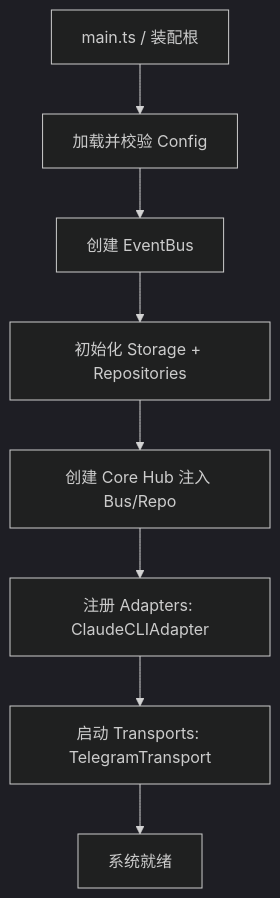
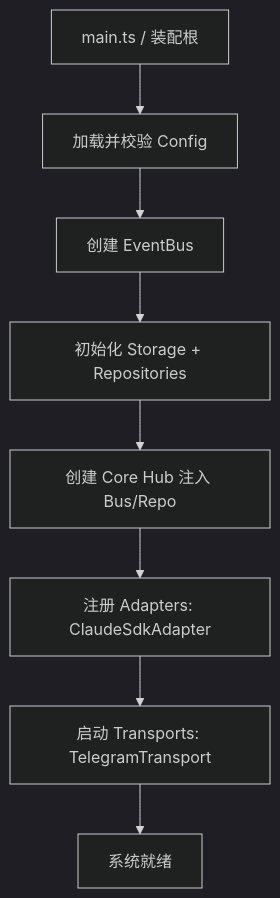
One commit to ygq-future/ai-cli-hub changed diagram 14 of 15 in docs/02-Architecture.md. Above: the diagram before and after it, drawn with Mermaid (dark theme). The commit also changed other lines of this file and 7 other files, not shown here.

First line of the commit message:
docs(D11): CLIAdapter 语义接缝 + Claude 走 Agent SDK,PTY 降为备用

````diff
--- a/docs/02-Architecture.md
+++ b/docs/02-Architecture.md
@@ -570,10 +583,10 @@
 ```mermaid
 flowchart TD
     ENTRY[main.ts / 装配根] --> CFG[加载并校验 Config]
     CFG --> BUS[创建 EventBus]
     BUS --> DB[初始化 Storage + Repositories]
     DB --> CORE[创建 Core Hub 注入 Bus/Repo]
-    CORE --> REG[注册 Adapters: ClaudeCLIAdapter]
+    CORE --> REG[注册 Adapters: ClaudeSdkAdapter]
     REG --> TP[启动 Transports: TelegramTransport]
     TP --> READY[系统就绪]
 ```
````
